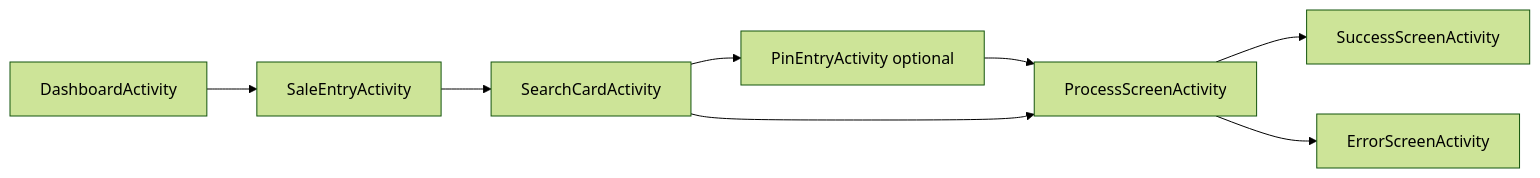
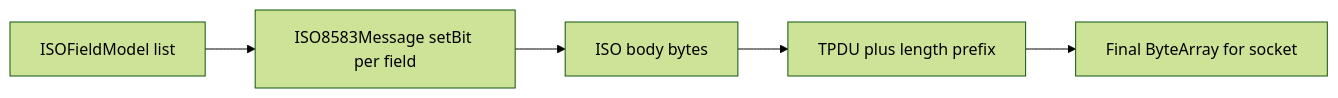
The fourth of 6 diagrams in README.md (shummasniazi/fintech), drawn with Mermaid (forest theme) before and after one commit. The commit also changed other lines of this file, not shown here.

Commit message:
README: neutral host/acquirer labels, sale flow sections and diagrams

````diff
--- a/README.md
+++ b/README.md
@@ -75,17 +175,9 @@
 ```mermaid
 flowchart LR
-  D[DashboardActivity]
-  S[SaleEntryActivity]
-  C[SearchCardActivity]
-  P[PinEntryActivity optional]
-  X[ProcessScreenActivity]
-  OK[SuccessScreenActivity]
-  ERR[ErrorScreenActivity]
-  D --> S
-  S --> C
-  C --> P
-  P --> X
-  C --> X
-  X --> OK
-  X --> ERR
+  L[ISOFieldModel list]
+  Msg[ISO8583Message setBit per field]
+  Bytes[ISO body bytes]
+  H[TPDU plus length prefix]
+  Out[Final ByteArray for socket]
+  L --> Msg --> Bytes --> H --> Out
 ```
````
